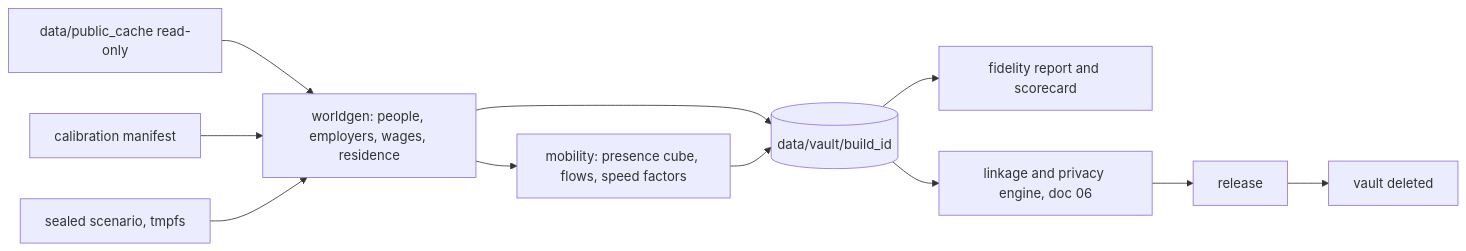
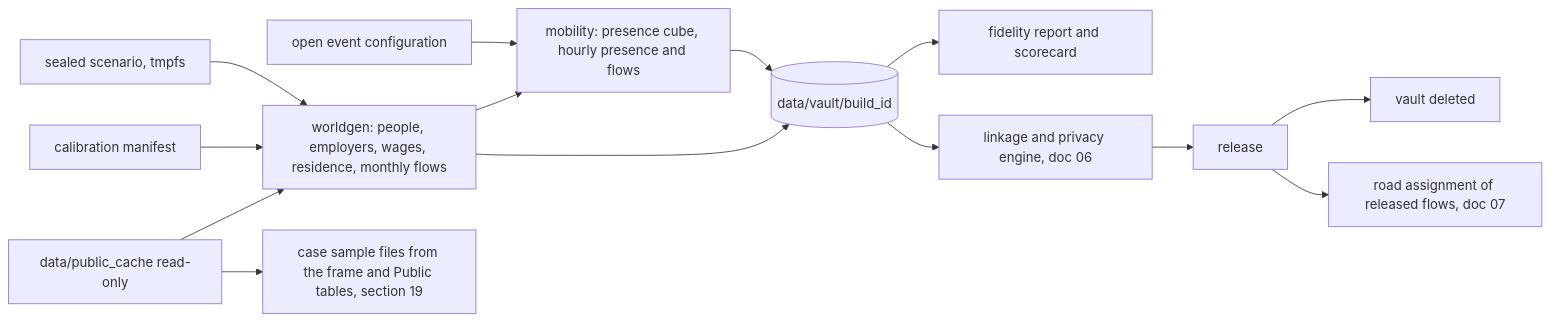
The diagram in docs/05_SYNTHETIC_WORLD_AND_SIMULATION.md (albarami/economic-investment-intelligence), drawn with Mermaid before and after one commit. The commit also changed other lines of this file and 27 other files, not shown here.

First line of the commit message:
docs(decisions): version 1 covers the whole initiative; public data additions; priorities and amendments to decision 0015 (#6)

````diff
--- a/docs/05_SYNTHETIC_WORLD_AND_SIMULATION.md
+++ b/docs/05_SYNTHETIC_WORLD_AND_SIMULATION.md
@@ -32,13 +37,16 @@
 ```mermaid
 flowchart LR
-  PC[data/public_cache read-only] --> WG[worldgen: people, employers, wages, residence]
+  PC[data/public_cache read-only] --> WG[worldgen: people, employers, wages, residence, monthly flows]
   CM[calibration manifest] --> WG
   SC[sealed scenario, tmpfs] --> WG
   WG --> V[(data/vault/build_id)]
-  WG --> MS[mobility: presence cube, flows, speed factors]
+  WG --> MS[mobility: presence cube, hourly presence and flows]
+  EC[open event configuration] --> MS
   MS --> V
   V --> FR[fidelity report and scorecard]
   V --> PE[linkage and privacy engine, doc 06]
   PE --> R[release]
   R --> DEL[vault deleted]
+  R --> TA[road assignment of released flows, doc 07]
+  PC --> CF[case sample files from the frame and Public tables, section 19]
 ```
````
